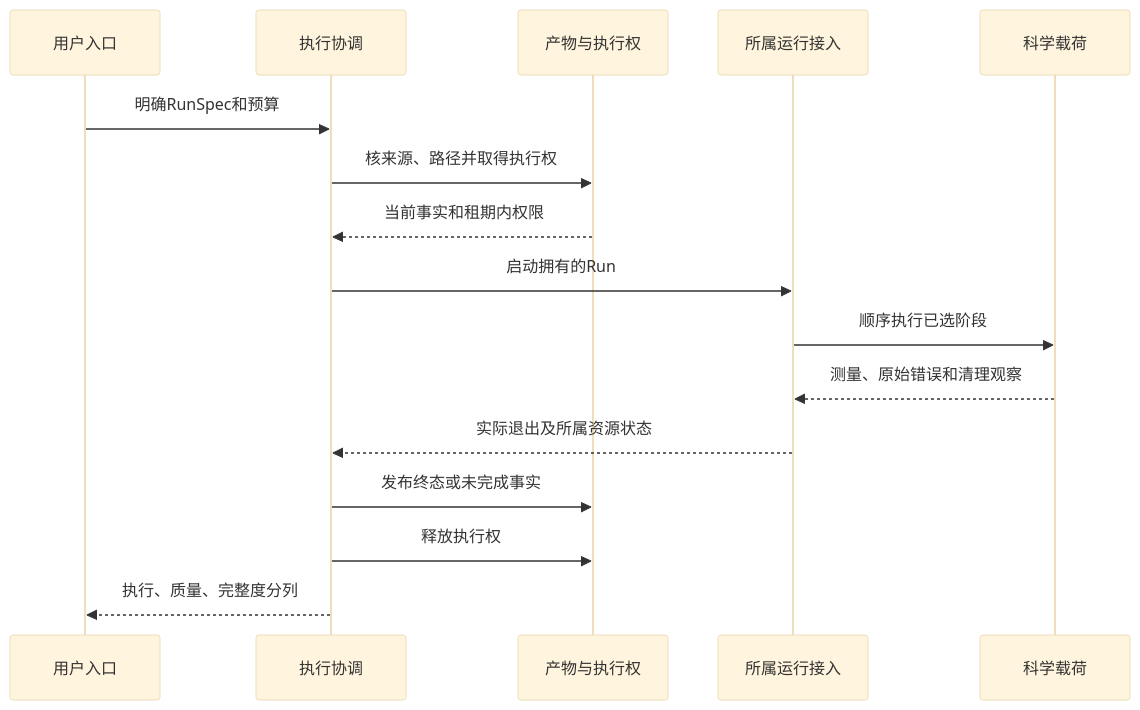
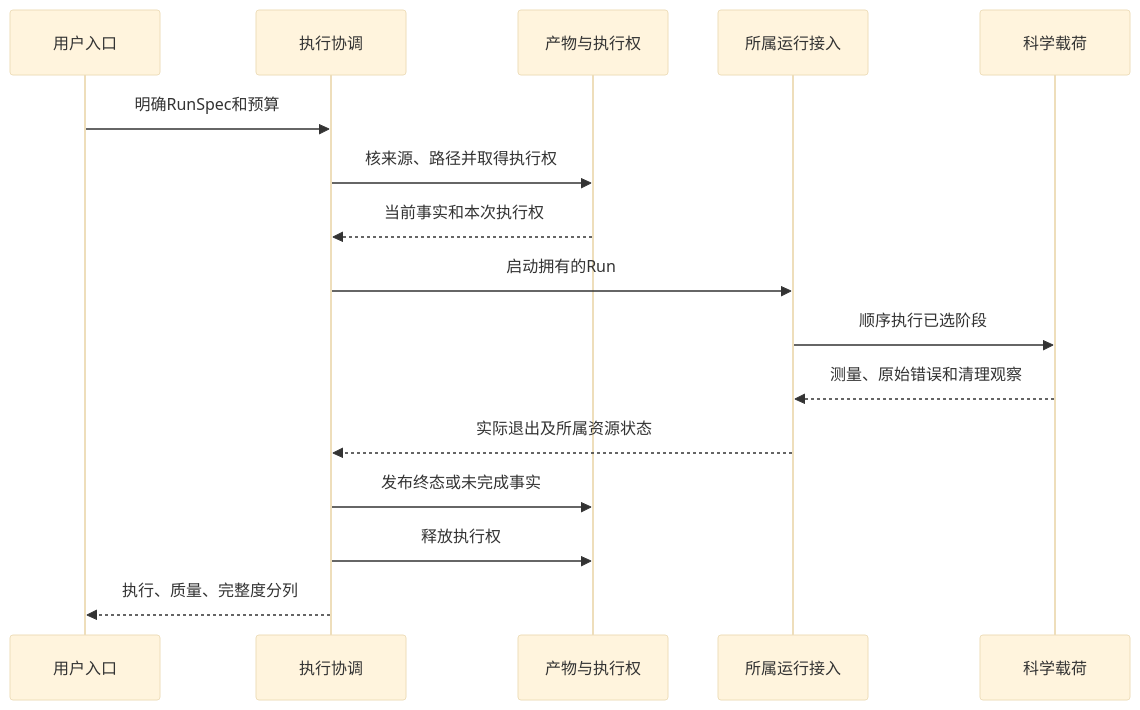
The third of 4 diagrams in docs/研究流水线 架构设计.md (DreamSoul-AI/RPipe), drawn with Mermaid (base theme) before and after one commit. The commit also changed 1 other file, not shown here.

Commit message:
docs: name execution ownership and concrete mirrored contract tests

````diff
--- a/docs/研究流水线 架构设计.md
+++ b/docs/研究流水线 架构设计.md
@@ -106,18 +106,18 @@
 ```mermaid
 sequenceDiagram
     participant U as 用户入口
     participant C as 执行协调
     participant A as 产物与执行权
     participant E as 所属运行接入
     participant S as 科学载荷
     U->>C: 明确RunSpec和预算
     C->>A: 核来源、路径并取得执行权
-    A-->>C: 当前事实和租期内权限
+    A-->>C: 当前事实和本次执行权
     C->>E: 启动拥有的Run
     E->>S: 顺序执行已选阶段
     S-->>E: 测量、原始错误和清理观察
     E-->>C: 实际退出及所属资源状态
     C->>A: 发布终态或未完成事实
     C->>A: 释放执行权
     C-->>U: 执行、质量、完整度分列
 ```
````
